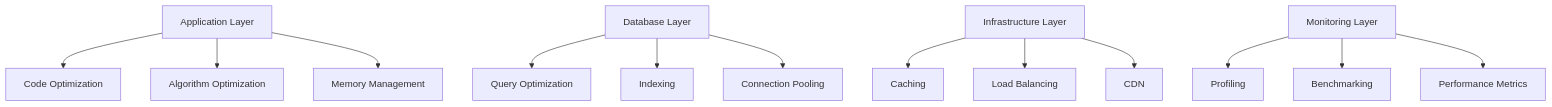
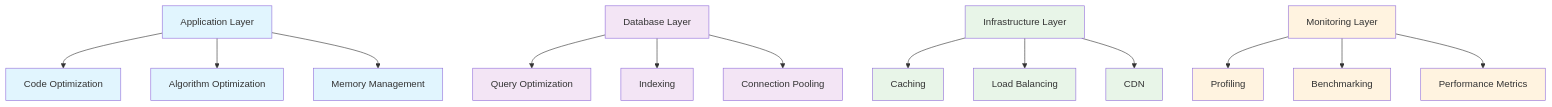
One commit to BhaveetKumar/nail-it changed the first of 2 diagrams in 04_devops_infrastructure/performance/performance_optimization_comprehensive_guide.md. Above: the diagram before and after it, drawn with Mermaid. The commit also changed other lines of this file and 2 other files, not shown here.

````diff
--- a/04_devops_infrastructure/performance/performance_optimization_comprehensive_guide.md
+++ b/04_devops_infrastructure/performance/performance_optimization_comprehensive_guide.md
@@ -32,18 +179,29 @@
 ```mermaid
 graph TB
     A[Application Layer] --> B[Code Optimization]
     A --> C[Algorithm Optimization]
     A --> D[Memory Management]
     
     E[Database Layer] --> F[Query Optimization]
     E --> G[Indexing]
     E --> H[Connection Pooling]
     
     I[Infrastructure Layer] --> J[Caching]
     I --> K[Load Balancing]
     I --> L[CDN]
     
     M[Monitoring Layer] --> N[Profiling]
     M --> O[Benchmarking]
     M --> P[Performance Metrics]
+    
+    %% Add styling and labels
+    classDef appLayer fill:#e1f5fe
+    classDef dbLayer fill:#f3e5f5
+    classDef infraLayer fill:#e8f5e8
+    classDef monitorLayer fill:#fff3e0
+    
+    class A,B,C,D appLayer
+    class E,F,G,H dbLayer
+    class I,J,K,L infraLayer
+    class M,N,O,P monitorLayer
 ```
````
